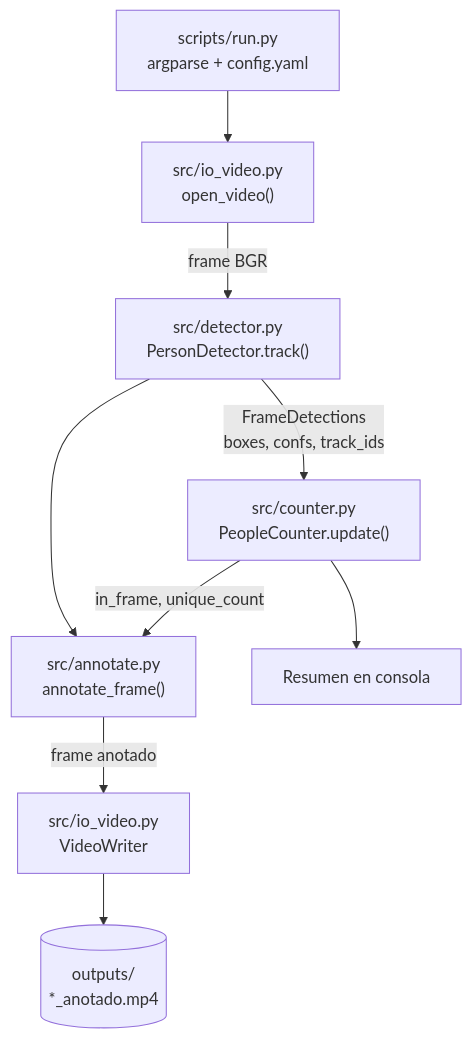
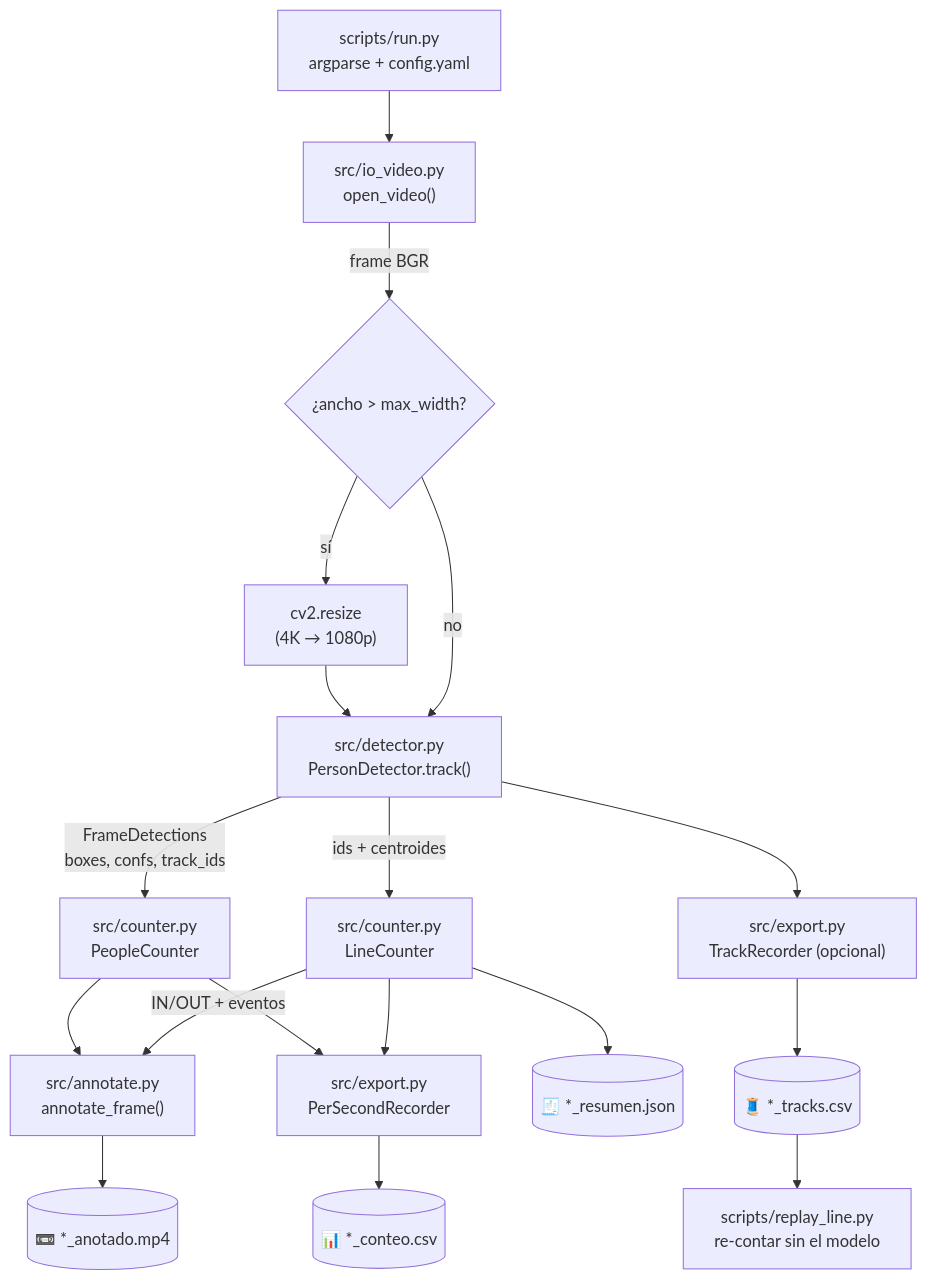
Before and after one commit to anderson-sarmiento-briceno/Lector-Personas: the diagram in ARQUITECTURA.md, drawn with Mermaid. The commit also changed other lines of this file and 14 other files, not shown here.

First line of the commit message:
Fase 2: conteo de entradas/salidas por línea, CSV/JSON y herramientas de ajuste

````diff
--- a/ARQUITECTURA.md
+++ b/ARQUITECTURA.md
@@ -27,11 +33,19 @@
 ```mermaid
 flowchart TD
     CLI["scripts/run.py<br/>argparse + config.yaml"] --> IO["src/io_video.py<br/>open_video()"]
-    IO -->|frame BGR| DET["src/detector.py<br/>PersonDetector.track()"]
-    DET -->|FrameDetections<br/>boxes, confs, track_ids| CNT["src/counter.py<br/>PeopleCounter.update()"]
-    DET --> ANN["src/annotate.py<br/>annotate_frame()"]
-    CNT -->|in_frame, unique_count| ANN
-    ANN -->|frame anotado| W["src/io_video.py<br/>VideoWriter"]
-    W --> OUT[("outputs/<br/>*_anotado.mp4")]
-    CNT --> SUM["Resumen en consola"]
+    IO -->|frame BGR| RS{"¿ancho > max_width?"}
+    RS -->|sí| R["cv2.resize<br/>(4K → 1080p)"] --> DET
+    RS -->|no| DET["src/detector.py<br/>PersonDetector.track()"]
+    DET -->|FrameDetections<br/>boxes, confs, track_ids| PC["src/counter.py<br/>PeopleCounter"]
+    DET -->|ids + centroides| LC["src/counter.py<br/>LineCounter"]
+    DET --> TR["src/export.py<br/>TrackRecorder (opcional)"]
+    PC --> ANN["src/annotate.py<br/>annotate_frame()"]
+    LC -->|IN/OUT + eventos| ANN
+    PC --> PS["src/export.py<br/>PerSecondRecorder"]
+    LC --> PS
+    ANN --> W[("📼 *_anotado.mp4")]
+    PS --> CSV[("📊 *_conteo.csv")]
+    LC --> JS[("🧾 *_resumen.json")]
+    TR --> TCSV[("🧵 *_tracks.csv")]
+    TCSV --> RP["scripts/replay_line.py<br/>re-contar sin el modelo"]
 ```
````
